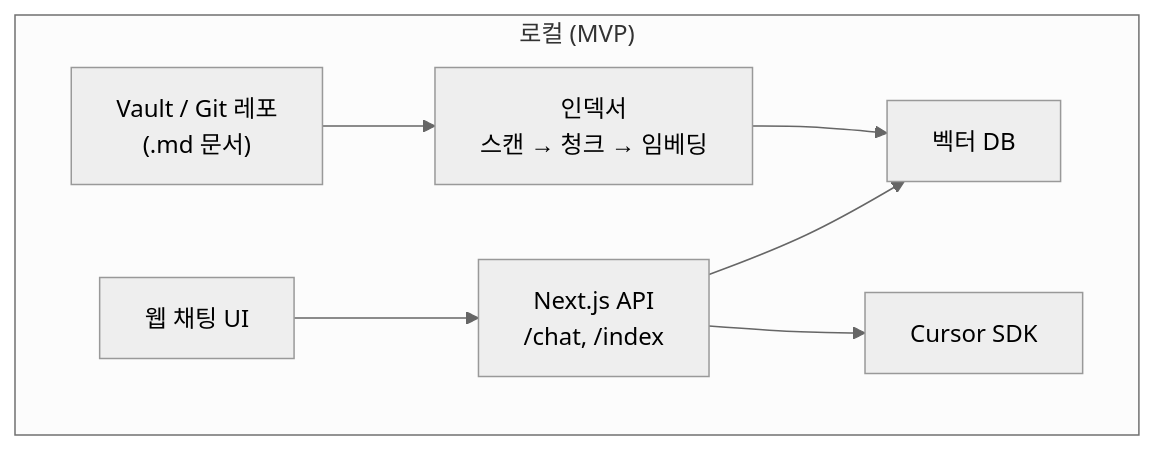
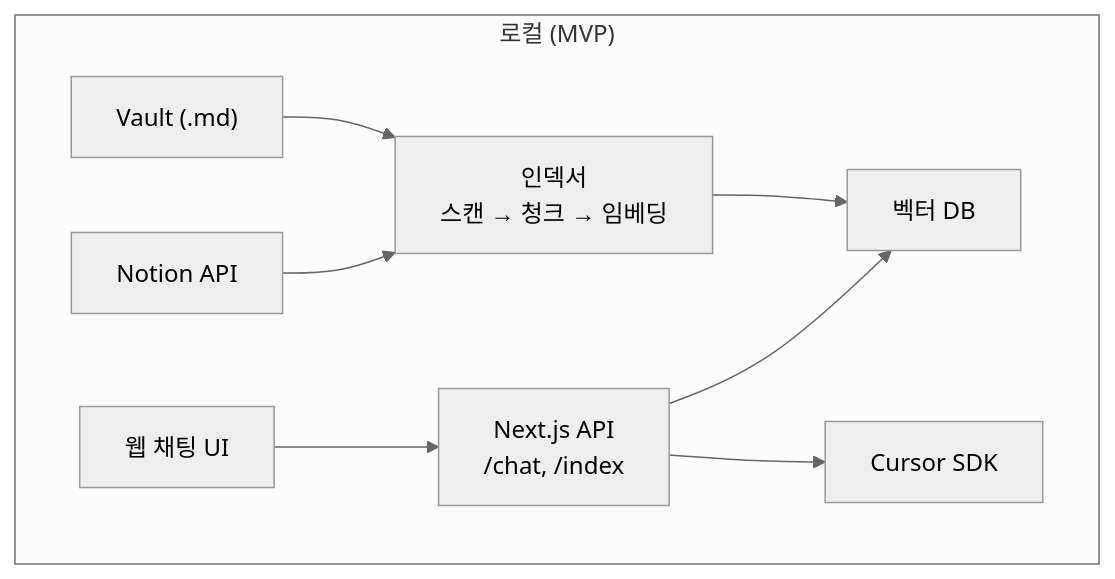
Before and after one commit to LEEHEEWON123/obsidian_chat_bot: the first of 2 diagrams in README.md, drawn with Mermaid (neutral theme). The commit also changed other lines of this file and 12 other files, not shown here.

First line of the commit message:
Add Notion API integration for RAG indexing alongside vault.

````diff
--- a/README.md
+++ b/README.md
@@ -14,16 +14,19 @@
 ```mermaid
 flowchart TB
     subgraph local ["로컬 (MVP)"]
-        V["Vault / Git 레포\n(.md 문서)"]
+        V["Vault (.md)"]
+        N["Notion API"]
         I["인덱서\n스캔 → 청크 → 임베딩"]
         DB["벡터 DB"]
         API["Next.js API\n/chat, /index"]
         UI["웹 채팅 UI"]
         SDK["Cursor SDK"]
     end
 
-    V --> I --> DB
+    V --> I
+    N --> I
+    I --> DB
     UI --> API
     API --> DB
     API --> SDK
 ```
````
